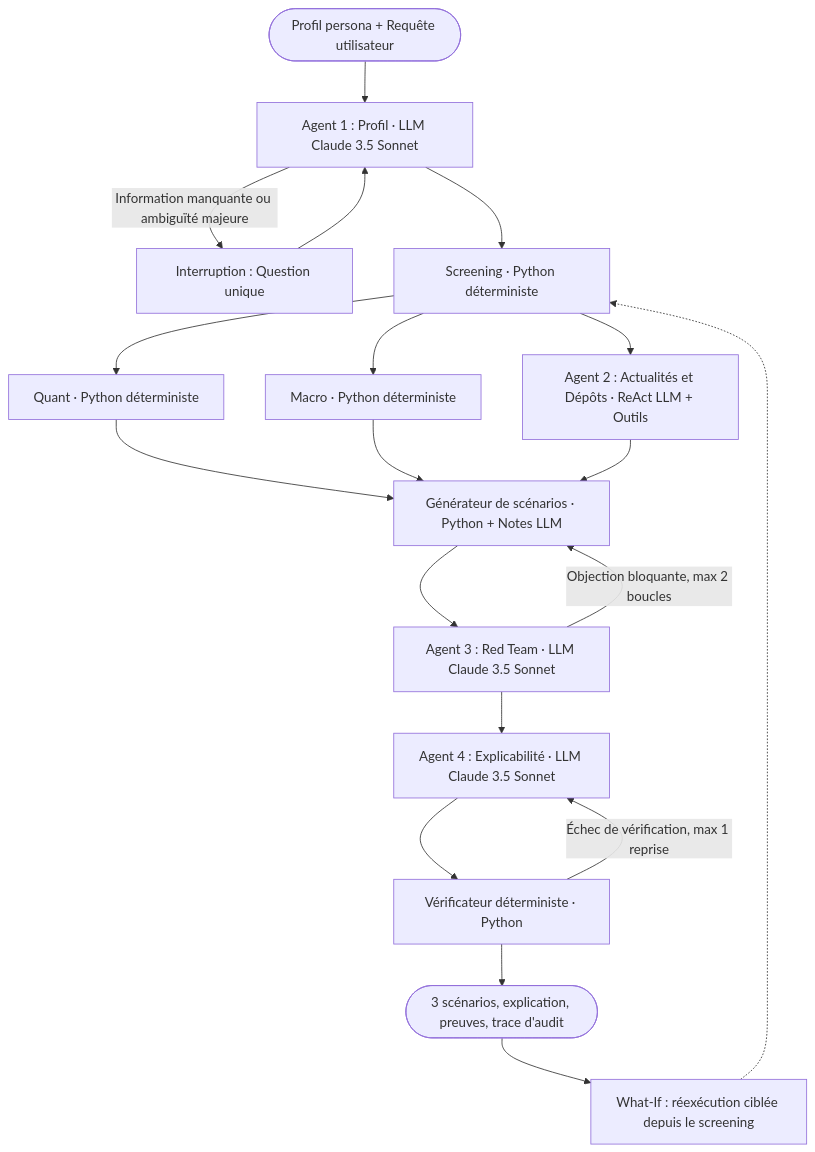
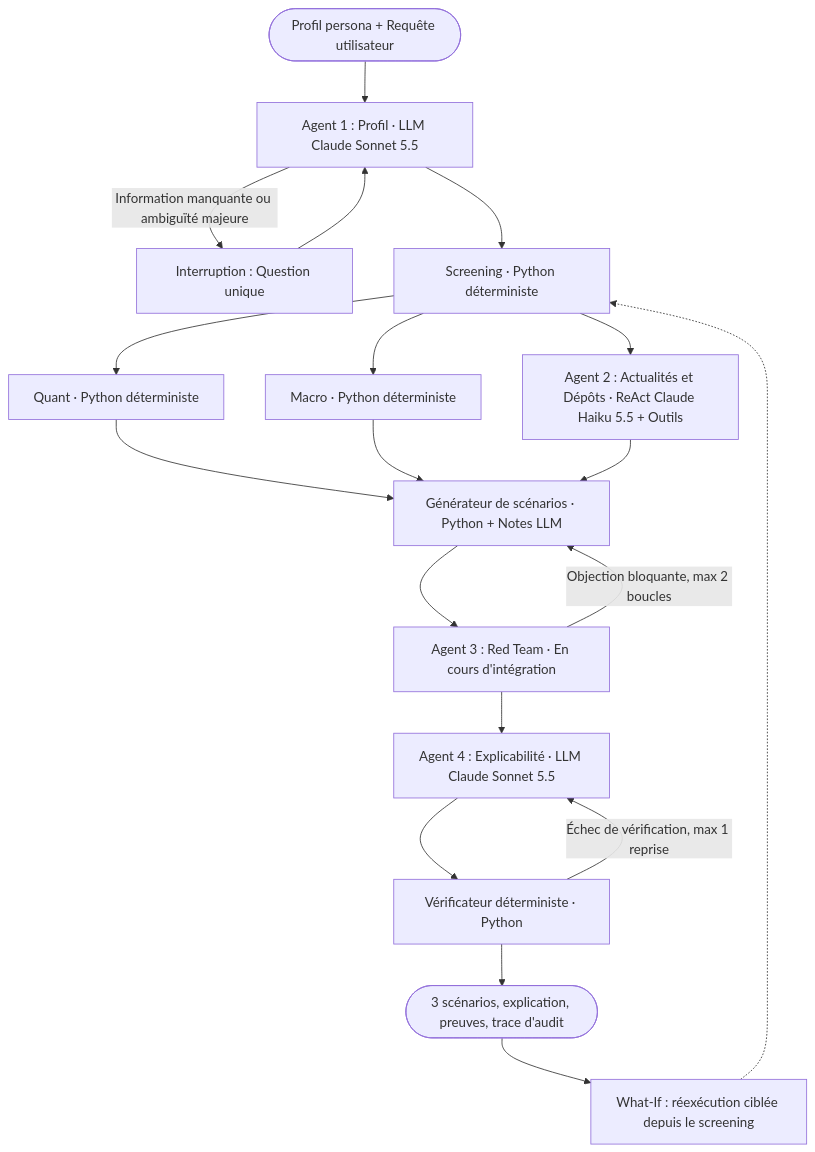
Before and after one commit to jolojo500/AlphaForge_AI: the first of 3 diagrams in docs/TECHNICAL.md, drawn with Mermaid. The commit also changed other lines of this file and 1 other file, not shown here.

Commit message:
docs: apply requested review fixes (model names, relative links, EM1, Mateo vol, red team status)

````diff
--- a/docs/TECHNICAL.md
+++ b/docs/TECHNICAL.md
@@ -14,20 +14,20 @@
 ```mermaid
 flowchart TD
-    IN([Profil persona + Requête utilisateur]) --> A1[Agent 1 : Profil · LLM Claude 3.5 Sonnet]
+    IN([Profil persona + Requête utilisateur]) --> A1[Agent 1 : Profil · LLM Claude Sonnet 5.5]
     A1 -->|Information manquante ou ambiguïté majeure| ASK[Interruption : Question unique] --> A1
     A1 --> SCR[Screening · Python déterministe]
     SCR --> QA[Quant · Python déterministe]
     SCR --> MA[Macro · Python déterministe]
-    SCR --> EV[Agent 2 : Actualités et Dépôts · ReAct LLM + Outils]
+    SCR --> EV[Agent 2 : Actualités et Dépôts · ReAct Claude Haiku 5.5 + Outils]
     QA --> SB[Générateur de scénarios · Python + Notes LLM]
     MA --> SB
     EV --> SB
-    SB --> A3[Agent 3 : Red Team · LLM Claude 3.5 Sonnet]
+    SB --> A3[Agent 3 : Red Team · En cours d'intégration]
     A3 -->|Objection bloquante, max 2 boucles| SB
-    A3 --> A4[Agent 4 : Explicabilité · LLM Claude 3.5 Sonnet]
+    A3 --> A4[Agent 4 : Explicabilité · LLM Claude Sonnet 5.5]
     A4 --> VER[Vérificateur déterministe · Python]
     VER -->|Échec de vérification, max 1 reprise| A4
     VER --> OUT([3 scénarios, explication, preuves, trace d'audit])
     OUT --> WI[What-If : réexécution ciblée depuis le screening]
     WI -.-> SCR
 ```
````
